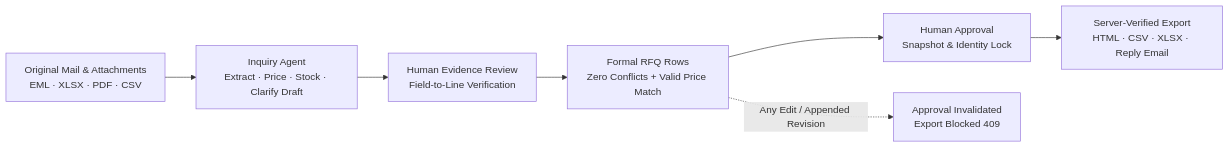
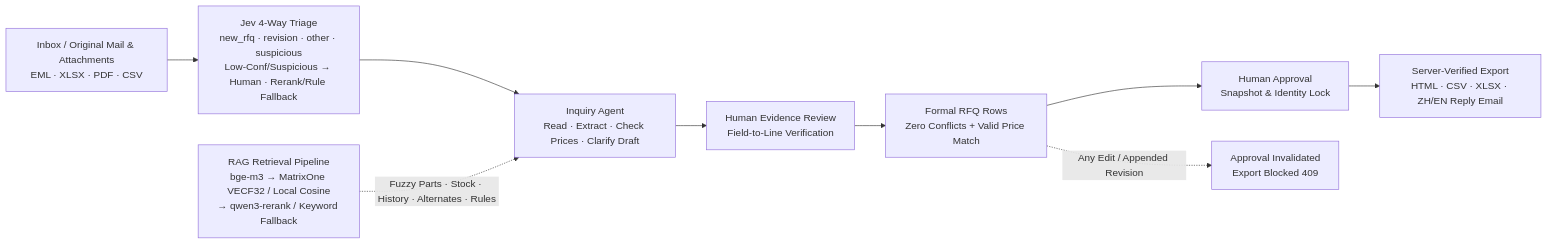
One commit to 1Beyond1/rfq-desk changed the diagram in README.en.md. Above: the diagram before and after it, drawn with Mermaid. The commit also changed other lines of this file and 5 other files, not shown here.

Commit message:
docs(readme): 更新通用定位、补全 Jev 分流与 RAG 检索流程并刷新界面截图

````diff
--- a/README.en.md
+++ b/README.en.md
@@ -45,9 +51,11 @@
 ```mermaid
 flowchart LR
-    A[Original Mail & Attachments<br/>EML · XLSX · PDF · CSV] --> B[Inquiry Agent<br/>Extract · Price · Stock · Clarify Draft]
-    B --> C[Human Evidence Review<br/>Field-to-Line Verification]
-    C --> D[Formal RFQ Rows<br/>Zero Conflicts + Valid Price Match]
-    D --> E[Human Approval<br/>Snapshot & Identity Lock]
-    E --> F[Server-Verified Export<br/>HTML · CSV · XLSX · Reply Email]
-    D -. Any Edit / Appended Revision .-> G[Approval Invalidated<br/>Export Blocked 409]
+    Inbox["Inbox / Original Mail & Attachments<br/>EML · XLSX · PDF · CSV"] --> Triage["Jev 4-Way Triage<br/>new_rfq · revision · other · suspicious<br/>Low-Conf/Suspicious → Human · Rerank/Rule Fallback"]
+    Triage --> Agent["Inquiry Agent<br/>Read · Extract · Check Prices · Clarify Draft"]
+    RAG["RAG Retrieval Pipeline<br/>bge-m3 → MatrixOne VECF32 / Local Cosine<br/>→ qwen3-rerank / Keyword Fallback"] -. Fuzzy Parts · Stock · History · Alternates · Rules .-> Agent
+    Agent --> Review["Human Evidence Review<br/>Field-to-Line Verification"]
+    Review --> Formal["Formal RFQ Rows<br/>Zero Conflicts + Valid Price Match"]
+    Formal --> Approve["Human Approval<br/>Snapshot & Identity Lock"]
+    Approve --> Export["Server-Verified Export<br/>HTML · CSV · XLSX · ZH/EN Reply Email"]
+    Formal -. Any Edit / Appended Revision .-> Invalidate["Approval Invalidated<br/>Export Blocked 409"]
 ```
````
